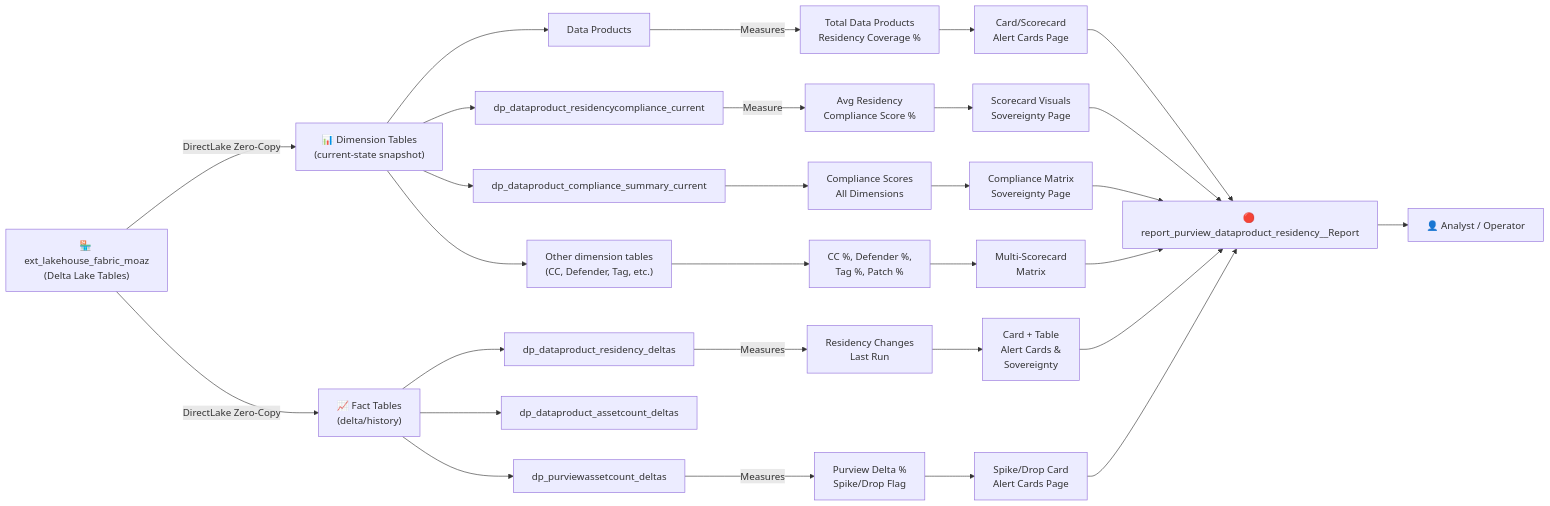
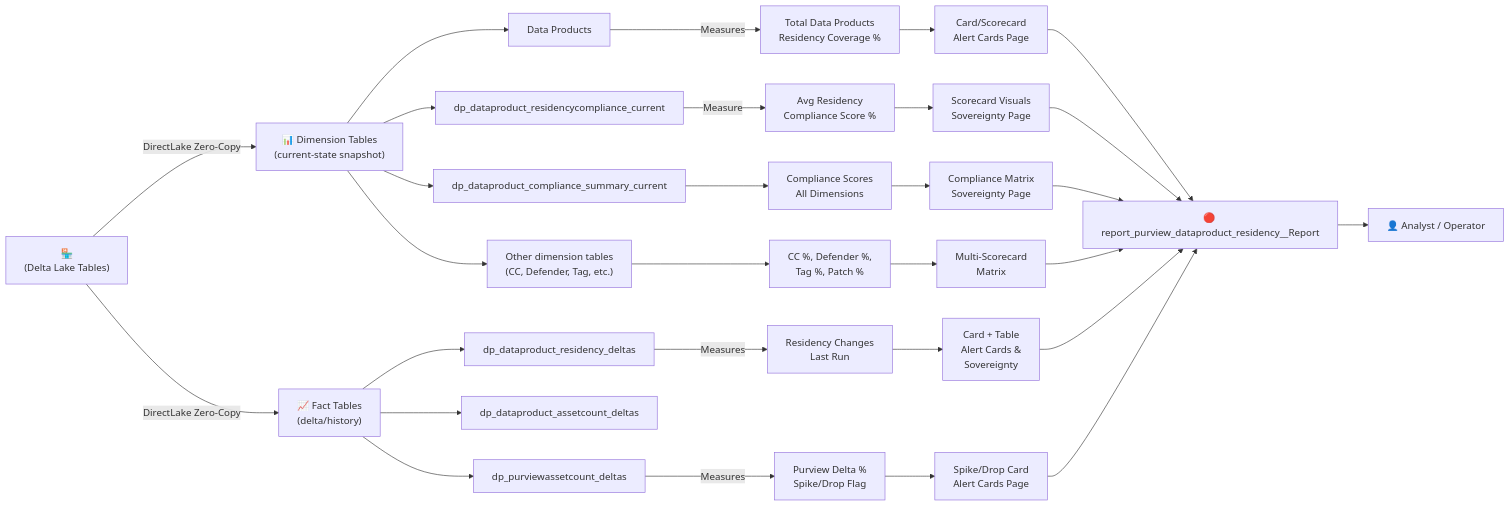
The second of 3 diagrams in shared/fabric/README.md (moazmirza/data-sov-and-hyb-cloud), drawn with Mermaid before and after one commit. The commit also changed other lines of this file and 9 other files, not shown here.

````diff
--- a/shared/fabric/README.md
+++ b/shared/fabric/README.md
@@ -34,39 +34,39 @@
 ```mermaid
 graph LR
-  LH["🏪 ext_lakehouse_fabric_moaz<br/>(Delta Lake Tables)"]
+  LH["🏪 <FABRIC_LAKEHOUSE_NAME><br/>(Delta Lake Tables)"]
   
   LH -->|DirectLake Zero-Copy| DIM1["📊 Dimension Tables<br/>(current-state snapshot)"]
   LH -->|DirectLake Zero-Copy| FACT1["📈 Fact Tables<br/>(delta/history)"]
   
   DIM1 --> DATA_PROD["Data Products"]
   DIM1 --> RES_CURR["dp_dataproduct_residencycompliance_current"]
   DIM1 --> COMP_SUMM["dp_dataproduct_compliance_summary_current"]
   DIM1 --> OTHER_DIM["Other dimension tables<br/>(CC, Defender, Tag, etc.)"]
   
   FACT1 --> RES_DELTAS["dp_dataproduct_residency_deltas"]
   FACT1 --> ASSET_DELTAS["dp_dataproduct_assetcount_deltas"]
   FACT1 --> PUR_DELTAS["dp_purviewassetcount_deltas"]
   
   DATA_PROD -->|Measures| M1["Total Data Products<br/>Residency Coverage %"]
   RES_CURR -->|Measure| M2["Avg Residency<br/>Compliance Score %"]
   RES_DELTAS -->|Measures| M3["Residency Changes<br/>Last Run"]
   PUR_DELTAS -->|Measures| M4["Purview Delta %<br/>Spike/Drop Flag"]
   COMP_SUMM --> M5["Compliance Scores<br/>All Dimensions"]
   OTHER_DIM --> M6["CC %, Defender %,<br/>Tag %, Patch %"]
   
   M1 --> VC1["Card/Scorecard<br/>Alert Cards Page"]
   M2 --> VC2["Scorecard Visuals<br/>Sovereignty Page"]
   M3 --> VC3["Card + Table<br/>Alert Cards &<br/>Sovereignty"]
   M4 --> VC4["Spike/Drop Card<br/>Alert Cards Page"]
   M5 --> VC5["Compliance Matrix<br/>Sovereignty Page"]
   M6 --> VC6["Multi-Scorecard<br/>Matrix"]
   
   VC1 --> REPORT1["🔴 report_purview_dataproduct_residency__Report"]
   VC2 --> REPORT1
   VC3 --> REPORT1
   VC4 --> REPORT1
   VC5 --> REPORT1
   VC6 --> REPORT1
   
   REPORT1 --> USER["👤 Analyst / Operator"]
 ```
````
